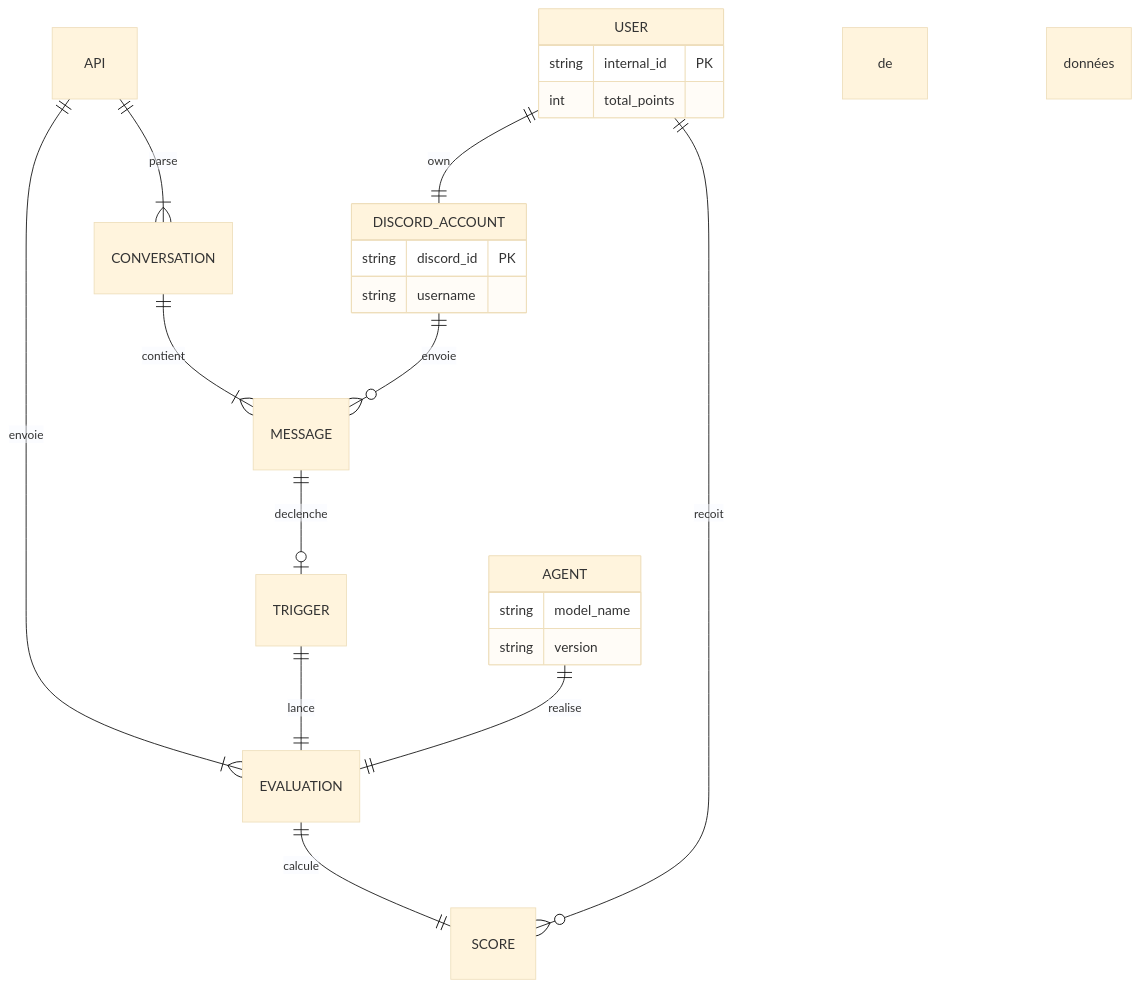
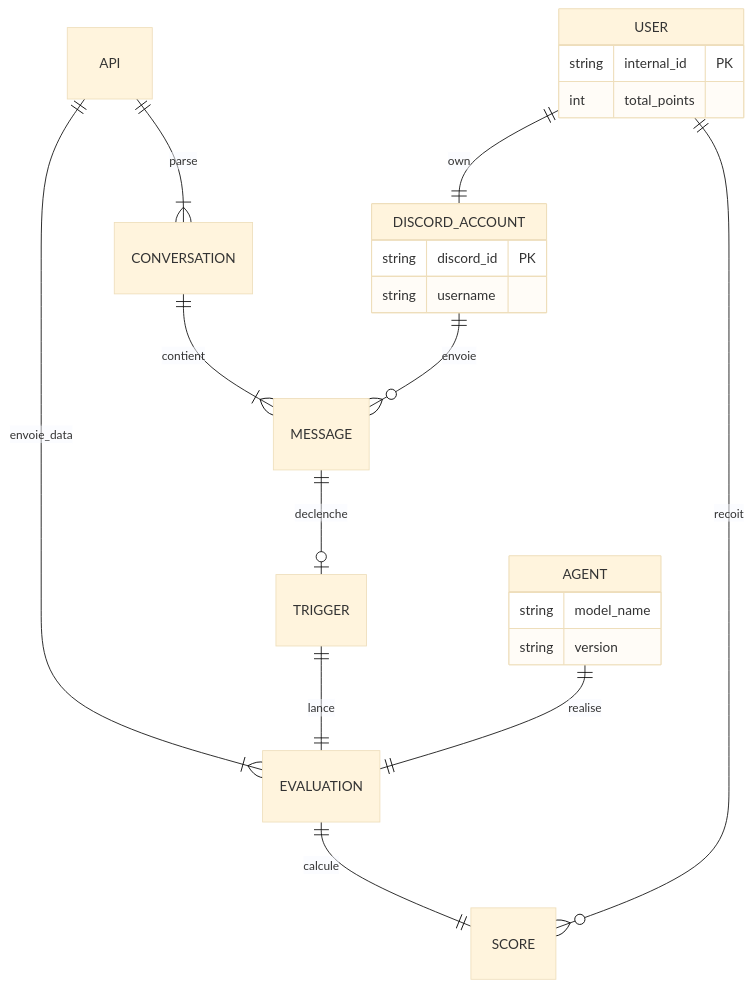
Before and after one commit to MyTwin-Lab/leaderboard: the diagram in Schéma Ydays.md, drawn with Mermaid (base theme). The commit also changed other lines of this file, not shown here.

Commit message:
Fix mermaid diagram formatting in Schéma Ydays.md
Updated the mermaid diagram in Schéma Ydays.md to correct formatting and improve clarity.

````diff
--- a/Schéma Ydays.md
+++ b/Schéma Ydays.md
@@ -1,38 +1,38 @@
 ```mermaid
 erDiagram
     %% Entités principales
     USER {
         string internal_id PK
         int total_points
     }
     
     DISCORD_ACCOUNT {
         string discord_id PK
         string username
     }
 
     AGENT {
         string model_name
         string version
     }
 
     %% Le Flux de conversation
     CONVERSATION ||--|{ MESSAGE : contient
     DISCORD_ACCOUNT ||--o{ MESSAGE : envoie
 
     %% Le service back end
     API ||--|{ CONVERSATION : parse
-    API ||--|{ EVALUATION : envoie de données
+    API ||--|{ EVALUATION : envoie_data
     
     %% Le Trigger
     MESSAGE ||--o| TRIGGER : declenche
     TRIGGER ||--|| EVALUATION : lance
 
     %% L'Evaluation
     AGENT ||--|| EVALUATION : realise
     EVALUATION ||--|| SCORE : calcule
 
     %% La liaison finale et stockage
     USER ||--|| DISCORD_ACCOUNT : own
     USER ||--o{ SCORE : recoit
 ```
````
